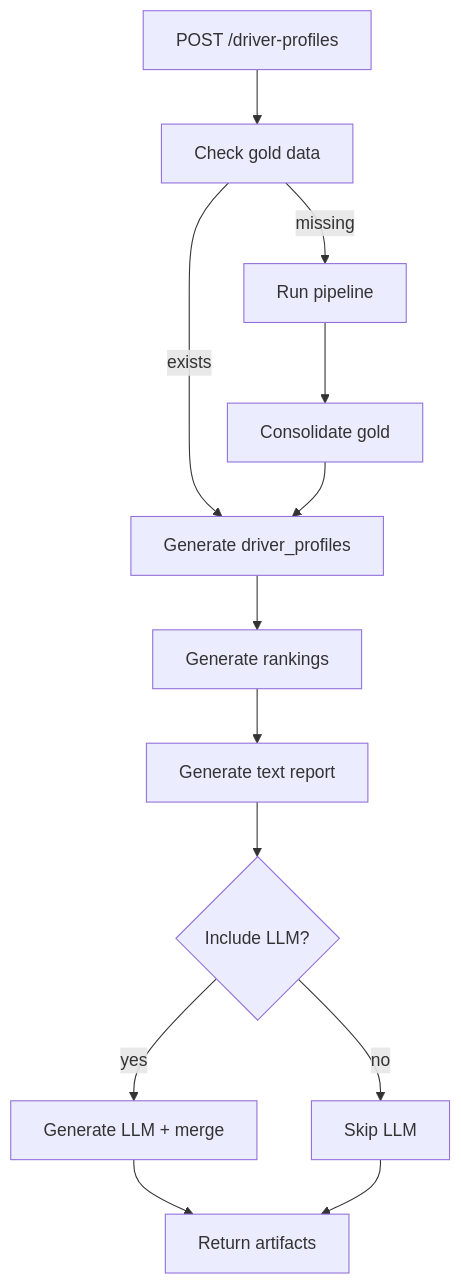
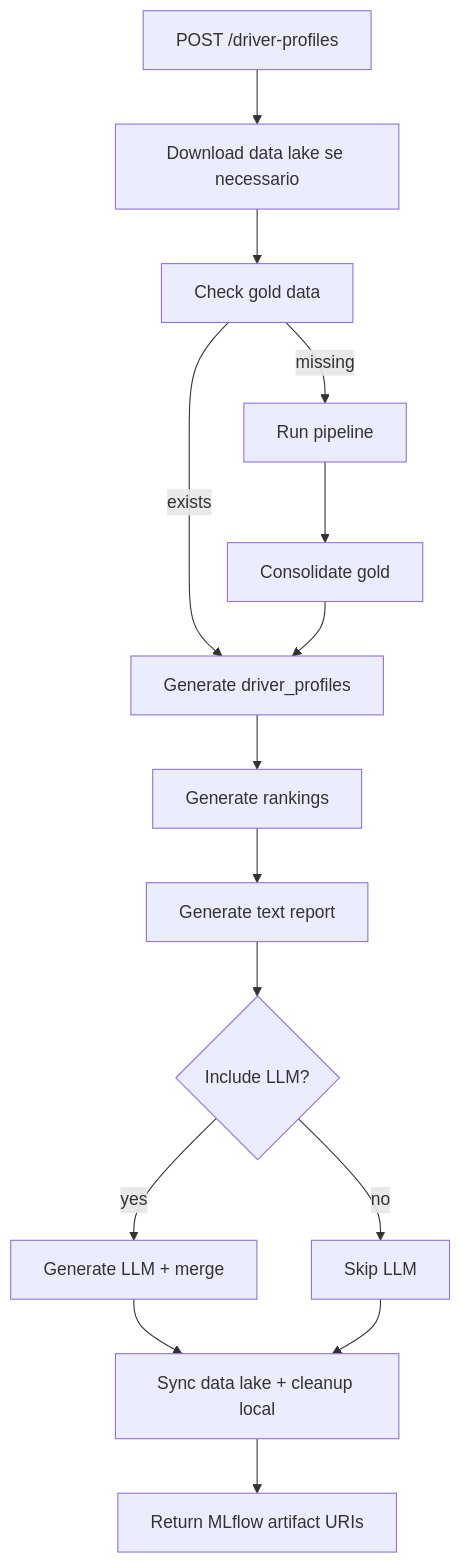
The second of 5 diagrams in F1.OpenF1.DatasetBuilder/Doc/documentacao_sistema.md (cwgbittencourt/F1.OpenF1.DatasetBuilder), drawn with Mermaid before and after one commit. The commit also changed other lines of this file and 7669 other files, not shown here.

````diff
--- a/F1.OpenF1.DatasetBuilder/Doc/documentacao_sistema.md
+++ b/F1.OpenF1.DatasetBuilder/Doc/documentacao_sistema.md
@@ -75,15 +77,17 @@
 ```mermaid
 flowchart TD
-  A[POST /driver-profiles] --> B[Check gold data]
-  B -->|missing| C[Run pipeline]
-  C --> D[Consolidate gold]
-  B -->|exists| E[Generate driver_profiles]
-  D --> E
-  E --> F[Generate rankings]
-  F --> G[Generate text report]
-  G --> H{Include LLM?}
-  H -->|yes| I[Generate LLM + merge]
-  H -->|no| J[Skip LLM]
-  I --> K[Return artifacts]
-  J --> K
+  A[POST /driver-profiles] --> B[Download data lake se necessario]
+  B --> C[Check gold data]
+  C -->|missing| D[Run pipeline]
+  D --> E[Consolidate gold]
+  C -->|exists| F[Generate driver_profiles]
+  E --> F
+  F --> G[Generate rankings]
+  G --> H[Generate text report]
+  H --> I{Include LLM?}
+  I -->|yes| J[Generate LLM + merge]
+  I -->|no| K[Skip LLM]
+  J --> L[Sync data lake + cleanup local]
+  K --> L
+  L --> M[Return MLflow artifact URIs]
 ```
````
